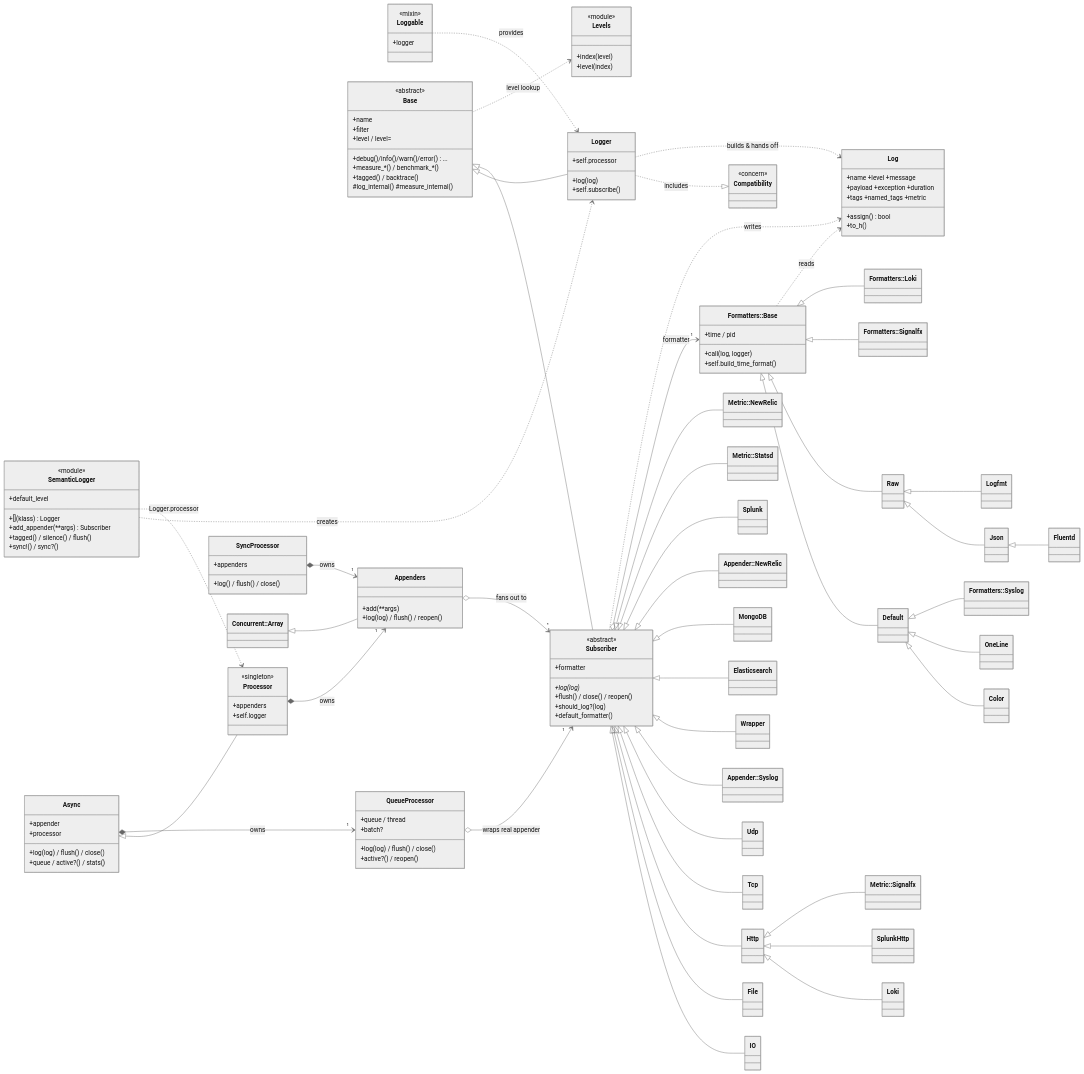
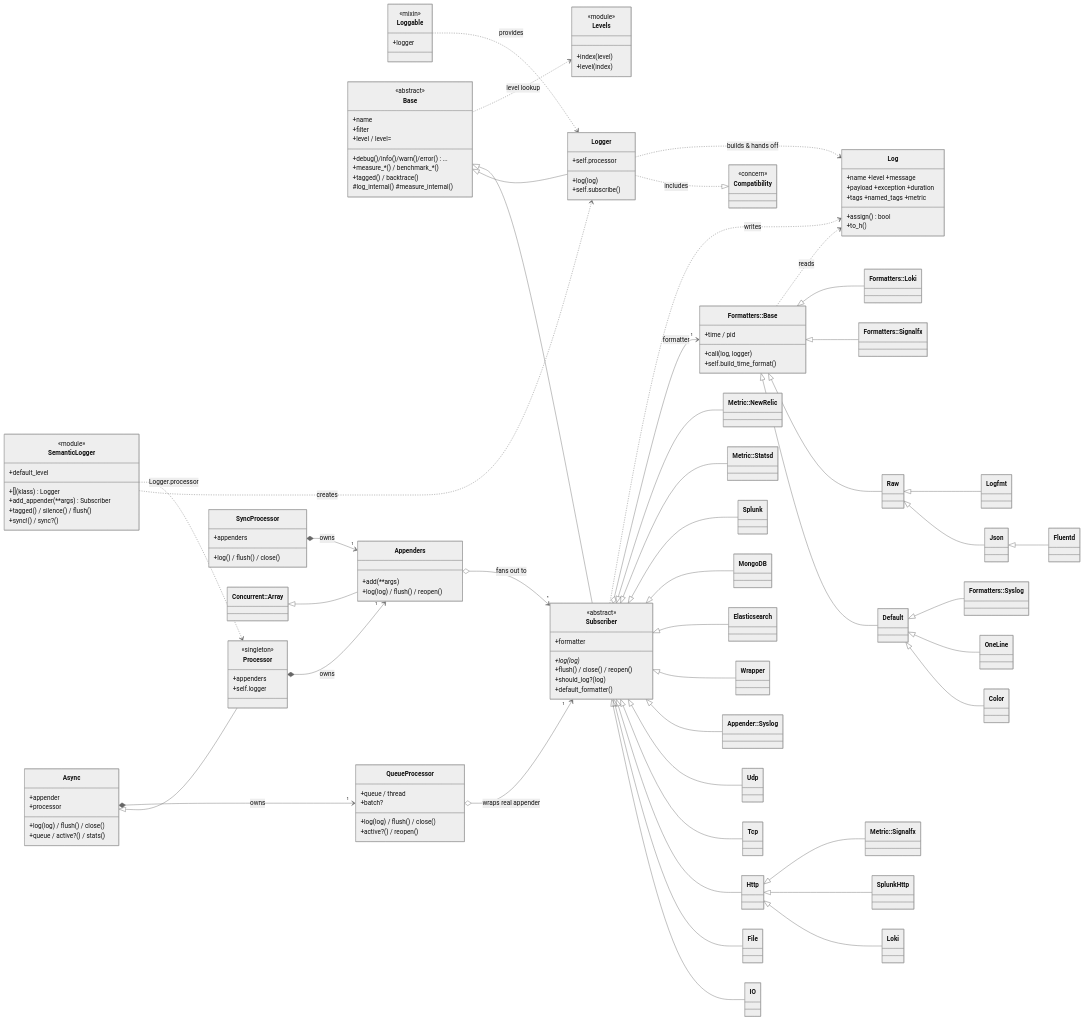
The diagram in CONTRIBUTING.md (reidmorrison/semantic_logger), drawn with Mermaid (neutral theme) before and after one commit. The commit also changed 11 other files, not shown here.

First line of the commit message:
Remove the :new_relic appender

```diff
--- a/CONTRIBUTING.md
+++ b/CONTRIBUTING.md
@@ -273,7 +273,6 @@
     class Wrapper
     class Elasticsearch
     class MongoDB
-    class NewRelicApp["Appender::NewRelic"]
     class Splunk
 
     Subscriber <|-- IO
@@ -285,7 +284,6 @@
     Subscriber <|-- Wrapper
     Subscriber <|-- Elasticsearch
     Subscriber <|-- MongoDB
-    Subscriber <|-- NewRelicApp
     Subscriber <|-- Splunk
     Http <|-- Loki
     Http <|-- SplunkHttp
```
